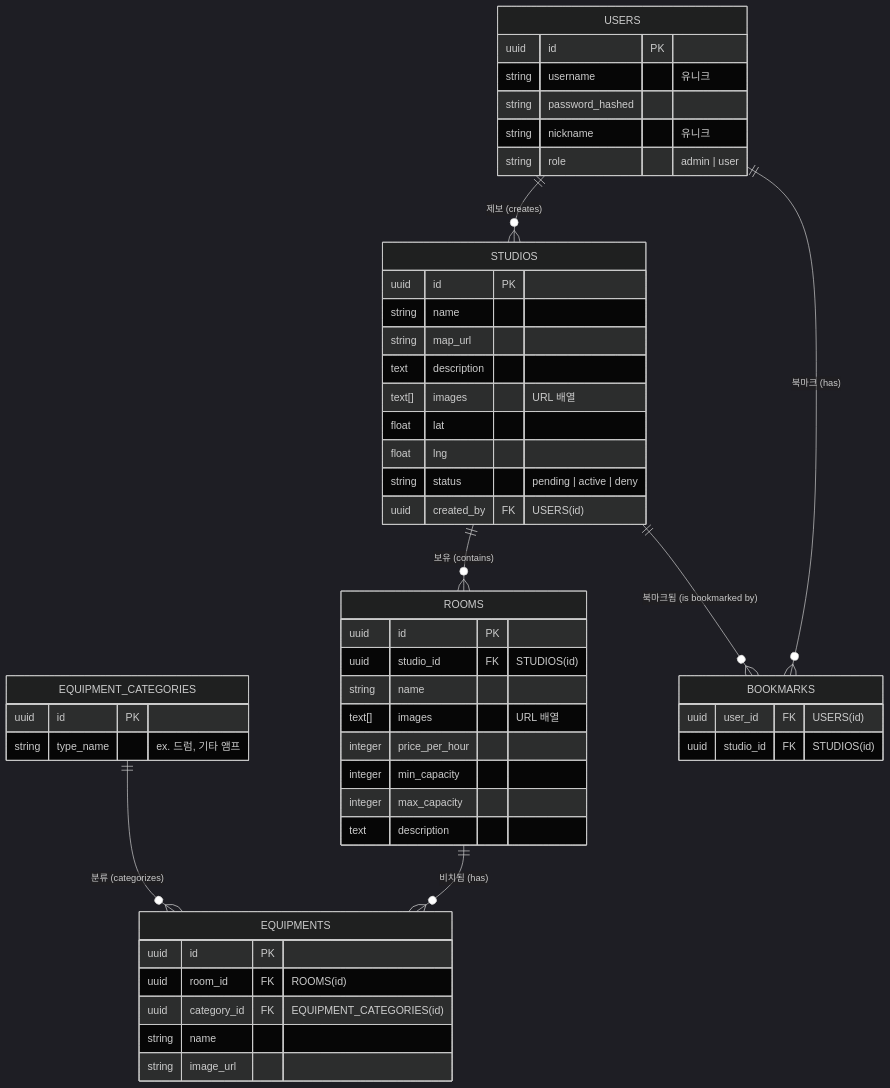
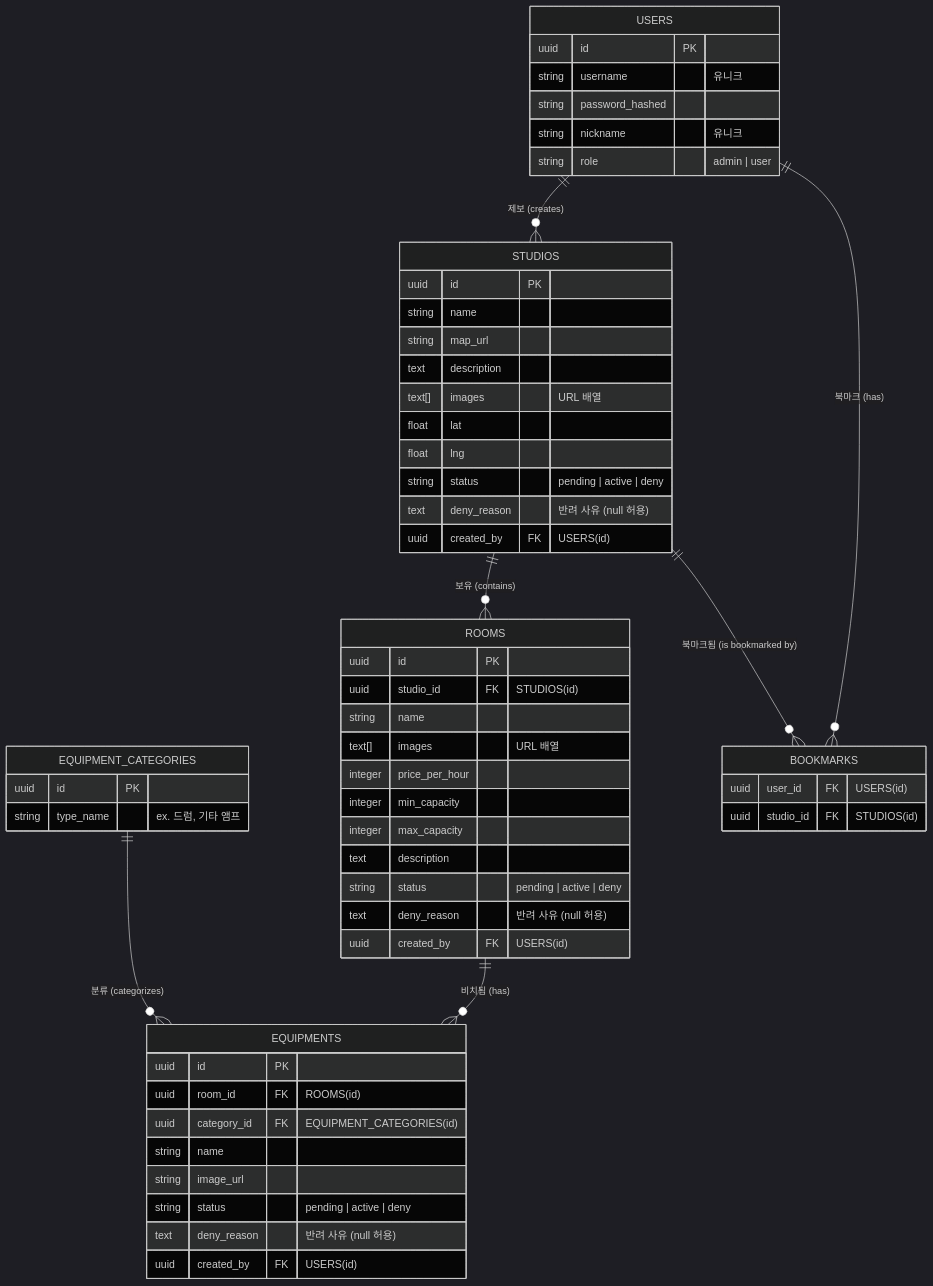
One commit to JaeHyunLee123/essemble-map changed the diagram in docs/erd.md. Above: the diagram before and after it, drawn with Mermaid (dark theme). The commit also changed other lines of this file and 3 other files, not shown here.

Commit message:
docs: update project documentation and add architectural context file

````diff
--- a/docs/erd.md
+++ b/docs/erd.md
@@ -8,59 +8,66 @@
 ```mermaid
 erDiagram
     USERS {
         uuid id PK
         string username "유니크"
         string password_hashed
         string nickname "유니크"
         string role "admin | user"
     }
 
     STUDIOS {
         uuid id PK
         string name
         string map_url
         text description
         text[] images "URL 배열"
         float lat
         float lng
         string status "pending | active | deny"
+        text deny_reason "반려 사유 (null 허용)"
         uuid created_by FK "USERS(id)"
     }
 
     ROOMS {
         uuid id PK
         uuid studio_id FK "STUDIOS(id)"
         string name
         text[] images "URL 배열"
         integer price_per_hour
         integer min_capacity
         integer max_capacity
         text description
+        string status "pending | active | deny"
+        text deny_reason "반려 사유 (null 허용)"
+        uuid created_by FK "USERS(id)"
     }
 
     EQUIPMENT_CATEGORIES {
         uuid id PK
         string type_name "ex. 드럼, 기타 앰프"
     }
 
     EQUIPMENTS {
         uuid id PK
         uuid room_id FK "ROOMS(id)"
         uuid category_id FK "EQUIPMENT_CATEGORIES(id)"
         string name
         string image_url
+        string status "pending | active | deny"
+        text deny_reason "반려 사유 (null 허용)"
+        uuid created_by FK "USERS(id)"
     }
 
     BOOKMARKS {
         uuid user_id FK "USERS(id)"
         uuid studio_id FK "STUDIOS(id)"
     }
 
     %% Relationships
     USERS ||--o{ STUDIOS : "제보 (creates)"
     USERS ||--o{ BOOKMARKS : "북마크 (has)"
     STUDIOS ||--o{ BOOKMARKS : "북마크됨 (is bookmarked by)"
     STUDIOS ||--o{ ROOMS : "보유 (contains)"
     ROOMS ||--o{ EQUIPMENTS : "비치됨 (has)"
     EQUIPMENT_CATEGORIES ||--o{ EQUIPMENTS : "분류 (categorizes)"
 ```
````
